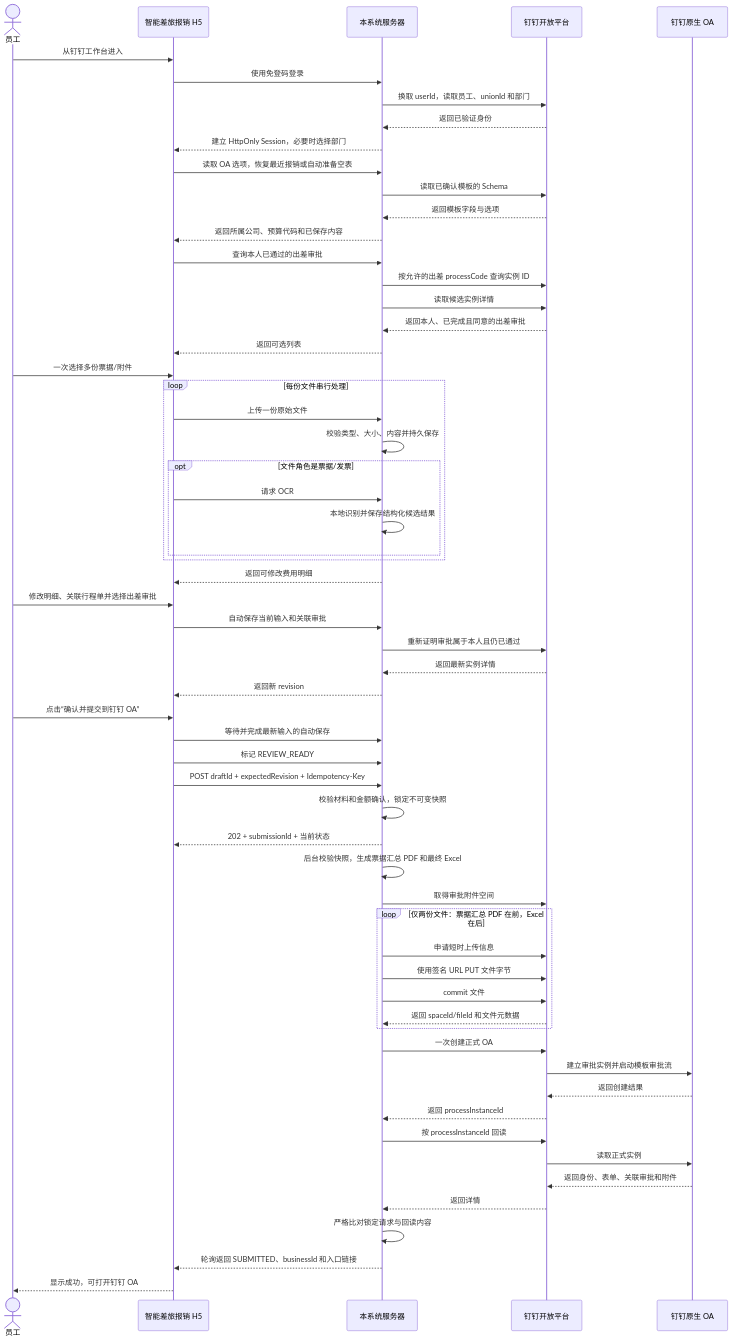
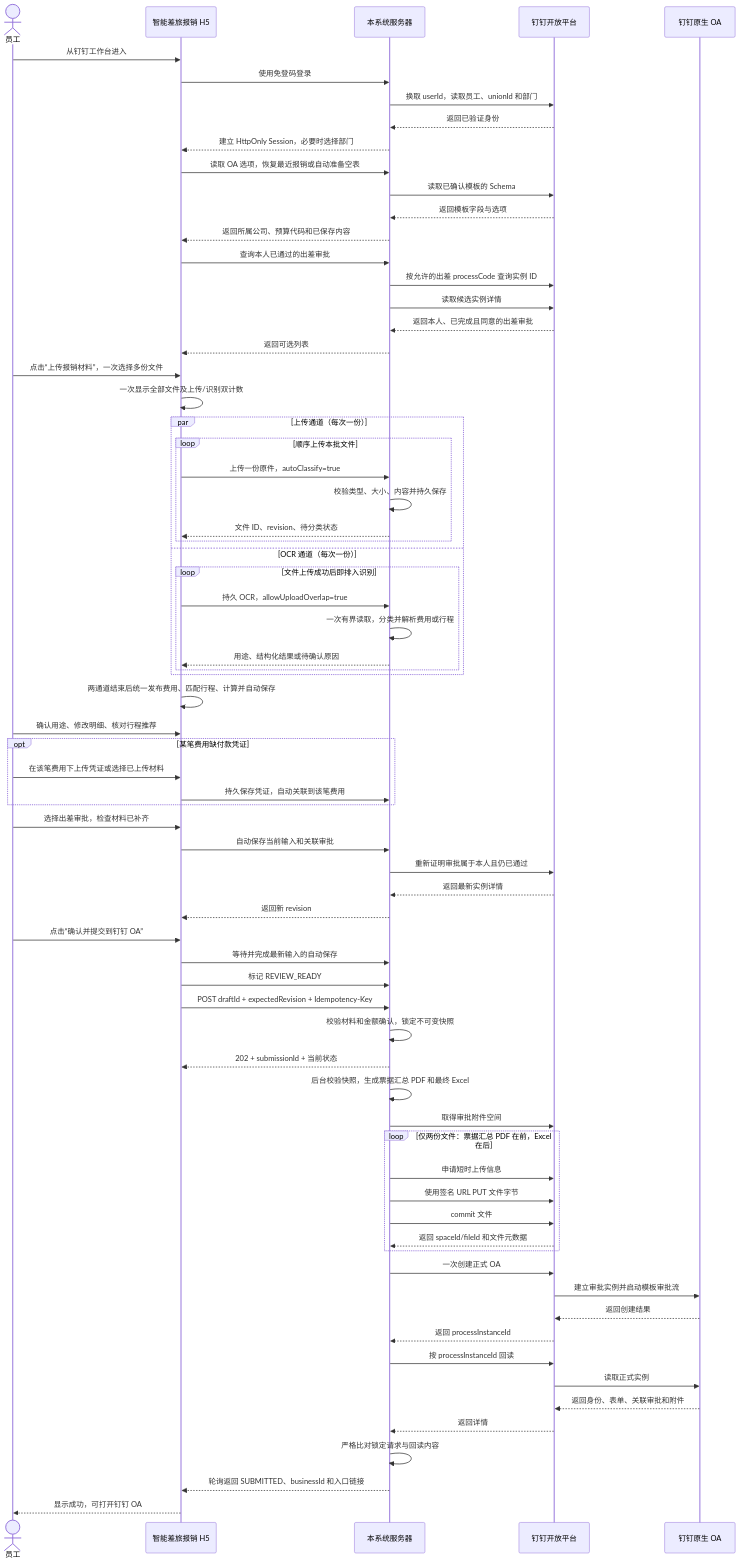
One commit to BearDrinkbeer/dingtalk-travel-reimbursement changed the second of 3 diagrams in docs/DINGTALK_OA_INTEGRATION_DESIGN.md. Above: the diagram before and after it, drawn with Mermaid. The commit also changed other lines of this file and 132 other files, not shown here.

Commit message:
feat: complete production DingTalk travel reimbursement flow

````diff
--- a/docs/DINGTALK_OA_INTEGRATION_DESIGN.md
+++ b/docs/DINGTALK_OA_INTEGRATION_DESIGN.md
@@ -71,70 +72,81 @@
 ```mermaid
 sequenceDiagram
     actor U as 员工
     participant H as 智能差旅报销 H5
     participant S as 本系统服务器
     participant D as 钉钉开放平台
     participant OA as 钉钉原生 OA
 
     U->>H: 从钉钉工作台进入
     H->>S: 使用免登码登录
     S->>D: 换取 userId，读取员工、unionId 和部门
     D-->>S: 返回已验证身份
     S-->>H: 建立 HttpOnly Session，必要时选择部门
 
     H->>S: 读取 OA 选项，恢复最近报销或自动准备空表
     S->>D: 读取已确认模板的 Schema
     D-->>S: 返回模板字段与选项
     S-->>H: 返回所属公司、预算代码和已保存内容
 
     H->>S: 查询本人已通过的出差审批
     S->>D: 按允许的出差 processCode 查询实例 ID
     S->>D: 读取候选实例详情
     D-->>S: 返回本人、已完成且同意的出差审批
     S-->>H: 返回可选列表
 
-    U->>H: 一次选择多份票据/附件
-    loop 每份文件串行处理
-        H->>S: 上传一份原始文件
-        S->>S: 校验类型、大小、内容并持久保存
-        opt 文件角色是票据/发票
-            H->>S: 请求 OCR
-            S->>S: 本地识别并保存结构化候选结果
+    U->>H: 点击“上传报销材料”，一次选择多份文件
+    H->>H: 一次显示全部文件及上传/识别双计数
+    par 上传通道（每次一份）
+        loop 顺序上传本批文件
+            H->>S: 上传一份原件，autoClassify=true
+            S->>S: 校验类型、大小、内容并持久保存
+            S-->>H: 文件 ID、revision、待分类状态
+        end
+    and OCR 通道（每次一份）
+        loop 文件上传成功后即排入识别
+            H->>S: 持久 OCR，allowUploadOverlap=true
+            S->>S: 一次有界读取，分类并解析费用或行程
+            S-->>H: 用途、结构化结果或待确认原因
         end
     end
-    S-->>H: 返回可修改费用明细
+    H->>H: 两通道结束后统一发布费用、匹配行程、计算并自动保存
 
-    U->>H: 修改明细、关联行程单并选择出差审批
+    U->>H: 确认用途、修改明细、核对行程推荐
+    opt 某笔费用缺付款凭证
+        U->>H: 在该笔费用下上传凭证或选择已上传材料
+        H->>S: 持久保存凭证，自动关联到该笔费用
+    end
+    U->>H: 选择出差审批，检查材料已补齐
     H->>S: 自动保存当前输入和关联审批
     S->>D: 重新证明审批属于本人且仍已通过
     D-->>S: 返回最新实例详情
     S-->>H: 返回新 revision
 
     U->>H: 点击“确认并提交到钉钉 OA”
     H->>S: 等待并完成最新输入的自动保存
     H->>S: 标记 REVIEW_READY
     H->>S: POST draftId + expectedRevision + Idempotency-Key
     S->>S: 校验材料和金额确认，锁定不可变快照
     S-->>H: 202 + submissionId + 当前状态
 
     S->>S: 后台校验快照，生成票据汇总 PDF 和最终 Excel
     S->>D: 取得审批附件空间
     loop 仅两份文件：票据汇总 PDF 在前，Excel 在后
         S->>D: 申请短时上传信息
         S->>D: 使用签名 URL PUT 文件字节
         S->>D: commit 文件
         D-->>S: 返回 spaceId/fileId 和文件元数据
     end
 
     S->>D: 一次创建正式 OA
     D->>OA: 建立审批实例并启动模板审批流
     OA-->>D: 返回创建结果
     D-->>S: 返回 processInstanceId
     S->>D: 按 processInstanceId 回读
     D->>OA: 读取正式实例
     OA-->>D: 返回身份、表单、关联审批和附件
     D-->>S: 返回详情
     S->>S: 严格比对锁定请求与回读内容
     S-->>H: 轮询返回 SUBMITTED、businessId 和入口链接
     H-->>U: 显示成功，可打开钉钉 OA
 ```
````
